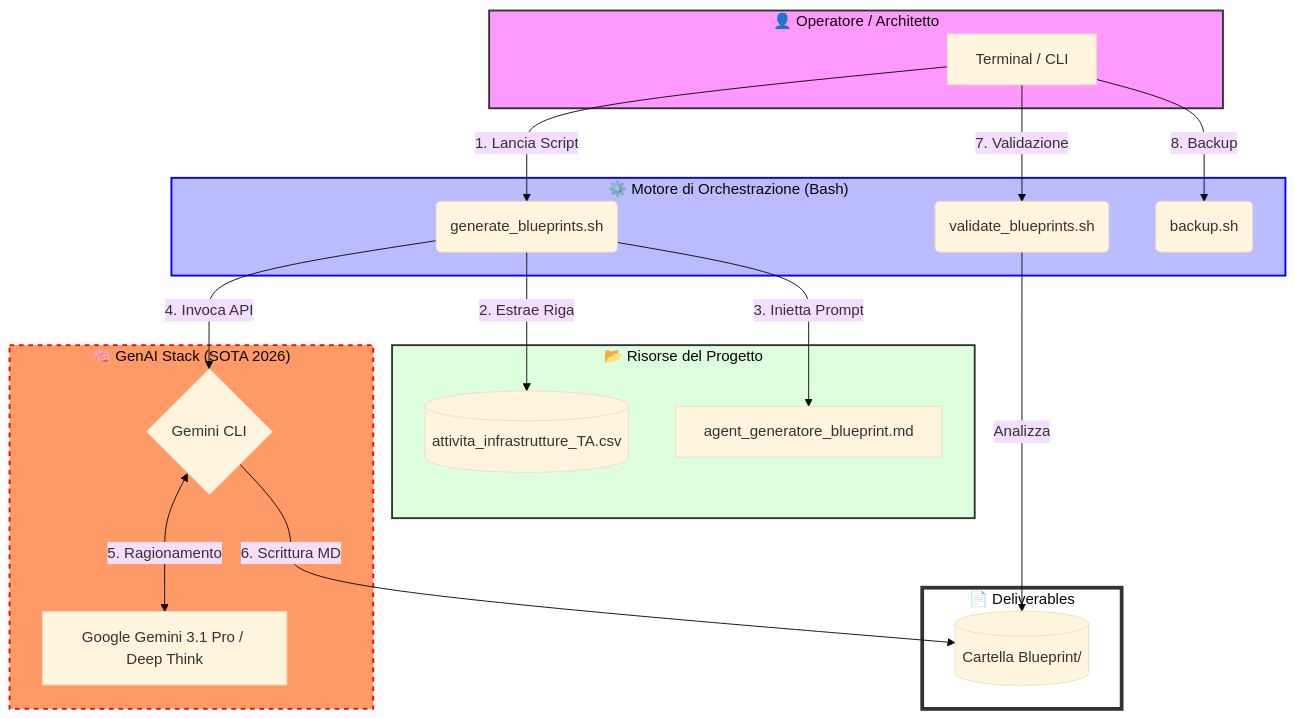
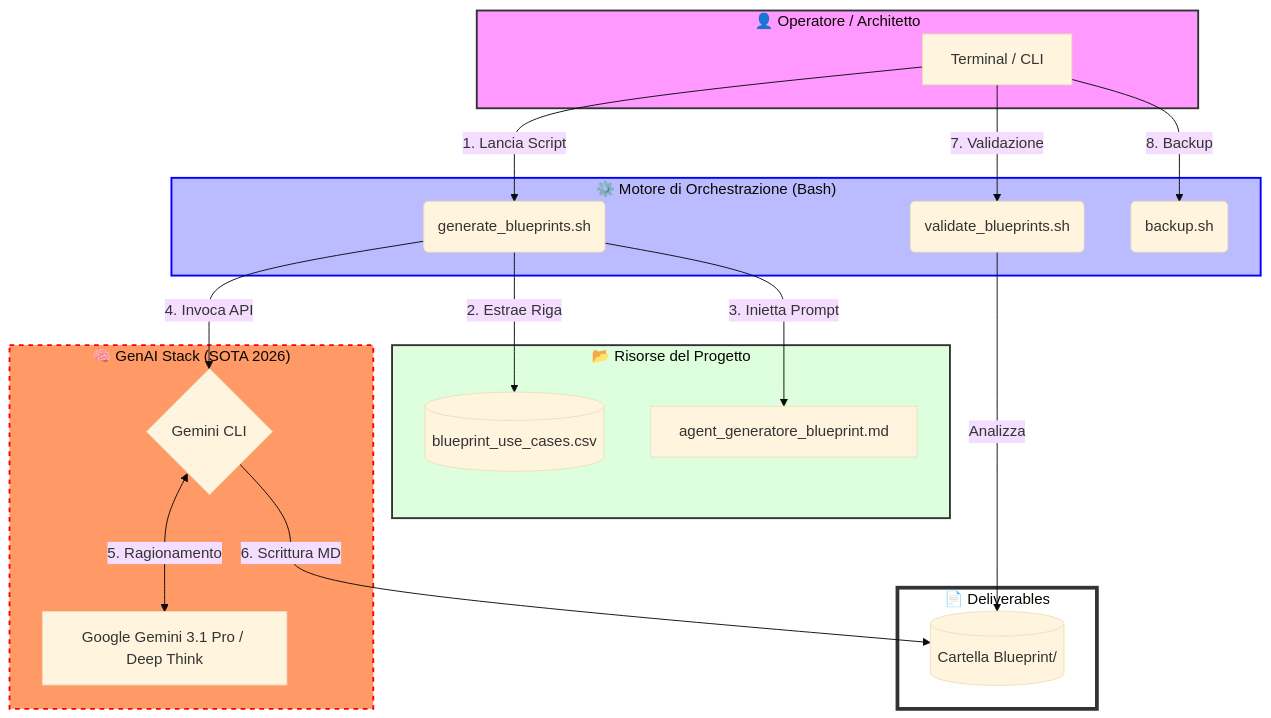
One commit to carmelobattiato/Generatore-Blueprint-GenAI changed the first of 2 diagrams in README.md. Above: the diagram before and after it, drawn with Mermaid (base theme). The commit also changed 2 other files, not shown here.

Commit message:
upgrade nome file csv e script xhe lo chiamavano

````diff
--- a/README.md
+++ b/README.md
@@ -16,44 +16,44 @@
 ```mermaid
 flowchart TD
     subgraph Utente ["👤 Operatore / Architetto"]
         A[Terminal / CLI]
     end
 
     subgraph Automazione ["⚙️ Motore di Orchestrazione (Bash)"]
         B(generate_blueprints.sh)
         C(validate_blueprints.sh)
         D(backup.sh)
     end
 
     subgraph Fonti_Dati ["📂 Risorse del Progetto"]
-        E[(attivita_infrastrutture_TA.csv)]
+        E[(blueprint_use_cases.csv)]
         F[agent_generatore_blueprint.md]
     end
 
     subgraph AI_Engine ["🧠 GenAI Stack (SOTA 2026)"]
         G{Gemini CLI}
         H[Google Gemini 3.1 Pro / Deep Think]
     end
 
     subgraph Output ["📄 Deliverables"]
         I[(Cartella Blueprint/)]
     end
 
     %% Flussi di Dati Numerati
     A -->|"1. Lancia Script"| B
     B -->|"2. Estrae Riga"| E
     B -->|"3. Inietta Prompt"| F
     B -->|"4. Invoca API"| G
     G <-->|"5. Ragionamento"| H
     G -->|"6. Scrittura MD"| I
     A -->|"7. Validazione"| C
     C -- "Analizza" --> I
     A -->|"8. Backup"| D
 
     %% Stili personalizzati
     style Utente fill:#f9f,stroke:#333,stroke-width:2px
     style Automazione fill:#bbf,stroke:#00f,stroke-width:2px
     style Fonti_Dati fill:#dfd,stroke:#333,stroke-width:2px
     style AI_Engine fill:#f96,stroke:#f00,stroke-width:2px,stroke-dasharray: 5 5
     style Output fill:#fff,stroke:#333,stroke-width:4px
 ```
````
